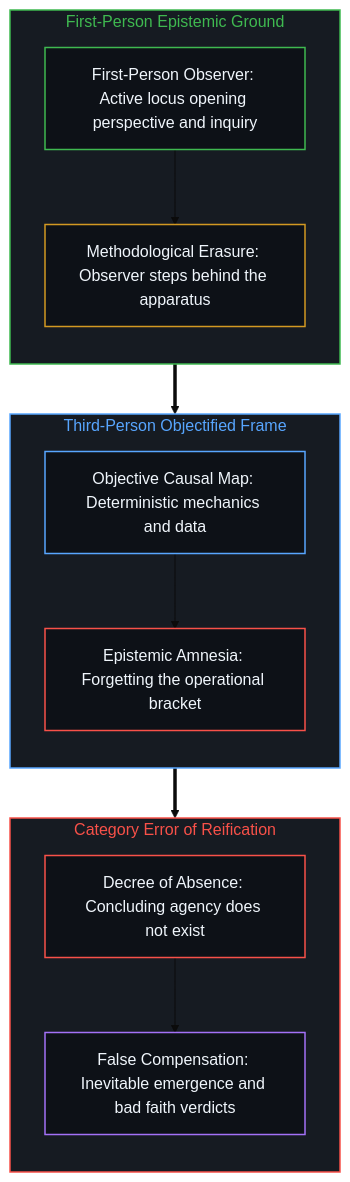
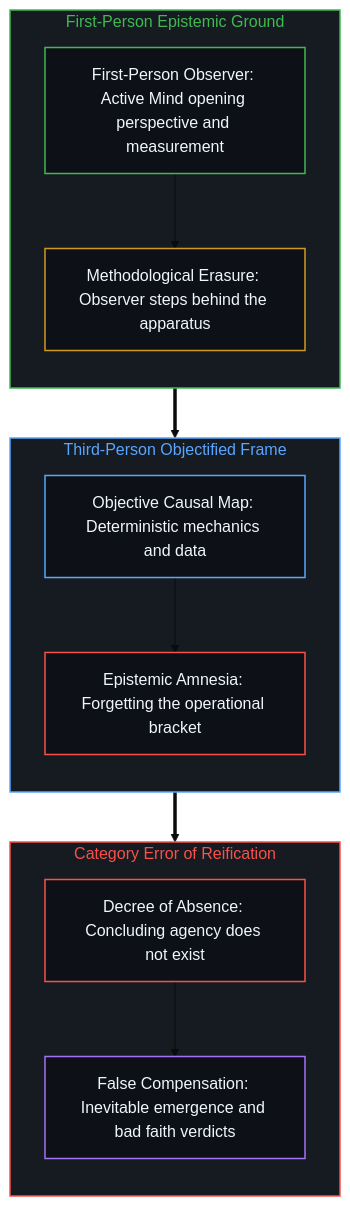
The second of 4 diagrams in content/posts/the-blind-spot-of-the-frame.md (powerpig99/not-a-toe), drawn with Mermaid (base theme) before and after one commit. The commit also changed other lines of this file and 6 other files, not shown here.

````diff
--- a/content/posts/the-blind-spot-of-the-frame.md
+++ b/content/posts/the-blind-spot-of-the-frame.md
@@ -67,37 +62,32 @@
 ```mermaid
 flowchart TD
     classDef default fill:#0d1117,stroke:#30363d,stroke-width:1px,color:#f0f6fc;
     classDef mind fill:#0d1117,stroke:#3fb950,stroke-width:1.5px,color:#f0f6fc;
     classDef warn fill:#0d1117,stroke:#d29922,stroke-width:1.5px,color:#f0f6fc;
     classDef fail fill:#0d1117,stroke:#f85149,stroke-width:1.5px,color:#f0f6fc;
     classDef model fill:#0d1117,stroke:#58a6ff,stroke-width:1.5px,color:#f0f6fc;
     classDef loop fill:#0d1117,stroke:#a371f7,stroke-width:1.5px,color:#f0f6fc;
-
     subgraph S_Origin ["First-Person Epistemic Ground"]
         direction TB
-        Subject["First-Person Observer: Active locus opening perspective and inquiry"]:::mind
+        Subject["First-Person Observer: Active Mind opening perspective and measurement"]:::mind
         Bracket["Methodological Erasure: Observer steps behind the apparatus"]:::warn
         Subject --> Bracket
     end
-
     subgraph S_Model ["Third-Person Objectified Frame"]
         direction TB
         ObjectiveMap["Objective Causal Map: Deterministic mechanics and data"]:::model
         Amnesia["Epistemic Amnesia: Forgetting the operational bracket"]:::fail
         ObjectiveMap --> Amnesia
     end
-
     subgraph S_Inversion ["Category Error of Reification"]
         direction TB
         OntologicalAbsence["Decree of Absence: Concluding agency does not exist"]:::fail
         FalseCompensate["False Compensation: Inevitable emergence and bad faith verdicts"]:::loop
         OntologicalAbsence --> FalseCompensate
     end
-
     S_Origin ==> S_Model
     S_Model ==> S_Inversion
-
     style S_Origin fill:#161b22,stroke:#3fb950,stroke-width:1.5px,color:#3fb950
     style S_Model fill:#161b22,stroke:#58a6ff,stroke-width:1.5px,color:#58a6ff
     style S_Inversion fill:#161b22,stroke:#f85149,stroke-width:1.5px,color:#f85149
 ```
````
